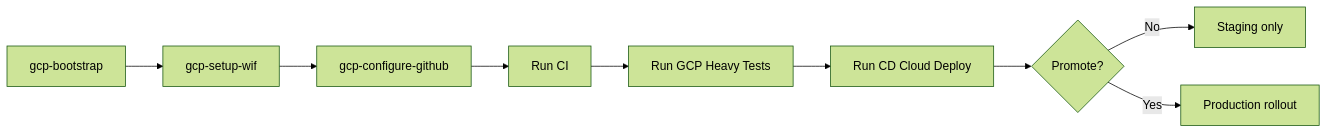
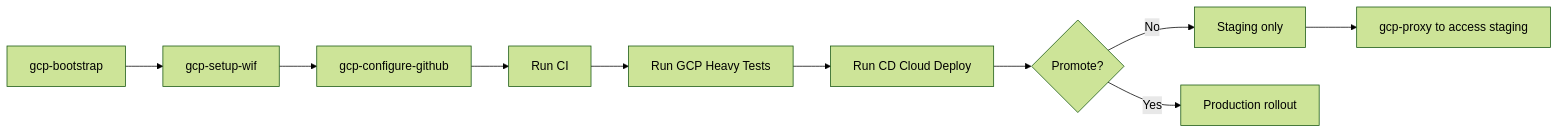
The ninth of 11 diagrams in docs/PLATFORM_GUIDE.md (superfox247/AgentDevelopment), drawn with Mermaid (forest theme) before and after one commit. The commit also changed other lines of this file and 3 other files, not shown here.

Commit message:
docs: Add gcp-proxy to all reference docs and platform guide

````diff
--- a/docs/PLATFORM_GUIDE.md
+++ b/docs/PLATFORM_GUIDE.md
@@ -238,11 +238,12 @@
 ```mermaid
 flowchart LR
     Bootstrap[gcp-bootstrap] --> WIF[gcp-setup-wif]
     WIF --> GH[gcp-configure-github]
     GH --> CI[Run CI]
     CI --> Heavy[Run GCP Heavy Tests]
     Heavy --> CD[Run CD Cloud Deploy]
     CD --> Promote{Promote?}
     Promote -->|No| StageOnly[Staging only]
     Promote -->|Yes| Prod[Production rollout]
+    StageOnly --> Proxy[gcp-proxy to access staging]
 ```
````
